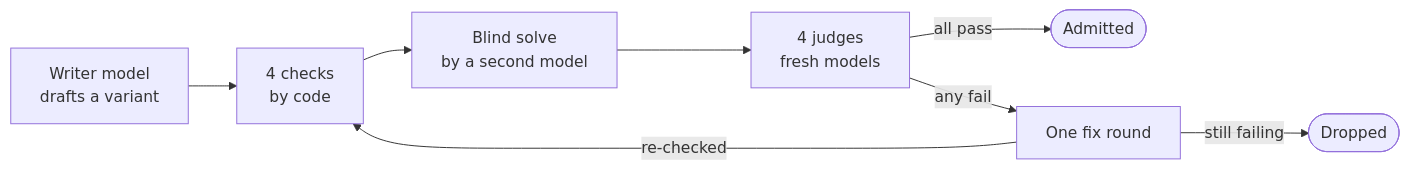
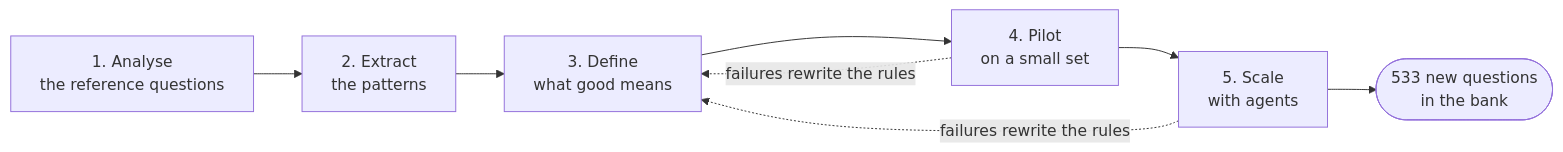
The first of 3 diagrams in README.md (gibranmkyn/margins-mental-math), drawn with Mermaid before and after one commit. The commit also changed other lines of this file, not shown here.

Commit message:
README: show the approach end to end and how a round runs with agents

````diff
--- a/README.md
+++ b/README.md
@@ -19,10 +17,10 @@
 ```mermaid
 flowchart LR
-    W["Writer model<br/>drafts a variant"] --> C["4 checks<br/>by code"]
-    C --> S["Blind solve<br/>by a second model"]
-    S --> J["4 judges<br/>fresh models"]
-    J -->|"all pass"| A(["Admitted"])
-    J -->|"any fail"| F["One fix round"]
-    F -->|"re-checked"| C
-    F -->|"still failing"| D(["Dropped"])
+    A["1. Analyse<br/>the reference questions"] --> B["2. Extract<br/>the patterns"]
+    B --> C["3. Define<br/>what good means"]
+    C --> D["4. Pilot<br/>on a small set"]
+    D --> E["5. Scale<br/>with agents"]
+    E --> F(["533 new questions<br/>in the bank"])
+    D -.->|"failures rewrite the rules"| C
+    E -.->|"failures rewrite the rules"| C
 ```
````
